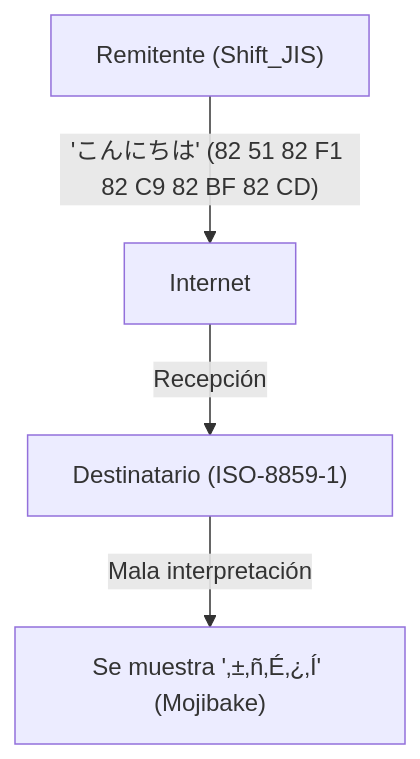
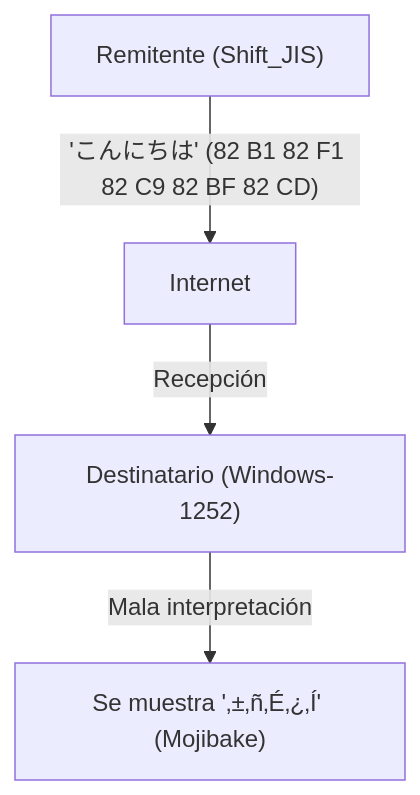
One commit to kenjinote/blog changed the first of 2 diagrams in content/post/history-of-unicode-encoding/index.es.md. Above: the diagram before and after it, drawn with Mermaid. The commit also changed other lines of this file and 21 other files, not shown here.

````diff
--- a/content/post/history-of-unicode-encoding/index.es.md
+++ b/content/post/history-of-unicode-encoding/index.es.md
@@ -34,6 +35,6 @@
 ```mermaid
 graph TD
-    A["Remitente (Shift_JIS)"] -- "'こんにちは' (82 51 82 F1 82 C9 82 BF 82 CD)" --> B["Internet"]
-    B -- "Recepción" --> C["Destinatario (ISO-8859-1)"]
+    A["Remitente (Shift_JIS)"] -- "'こんにちは' (82 B1 82 F1 82 C9 82 BF 82 CD)" --> B["Internet"]
+    B -- "Recepción" --> C["Destinatario (Windows-1252)"]
     C -- "Mala interpretación" --> D["Se muestra '‚±‚ñ‚É‚¿‚Í' (Mojibake)"]
 ```
````
